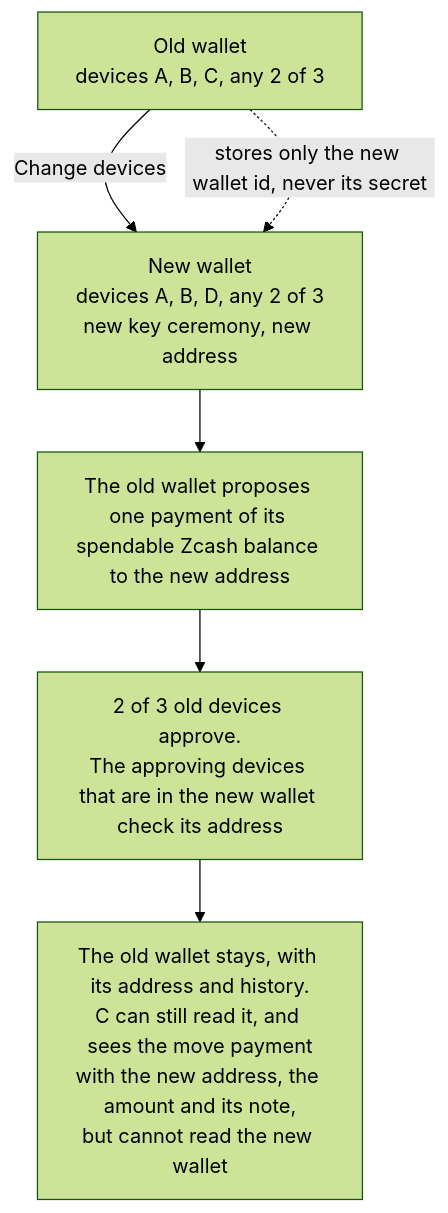
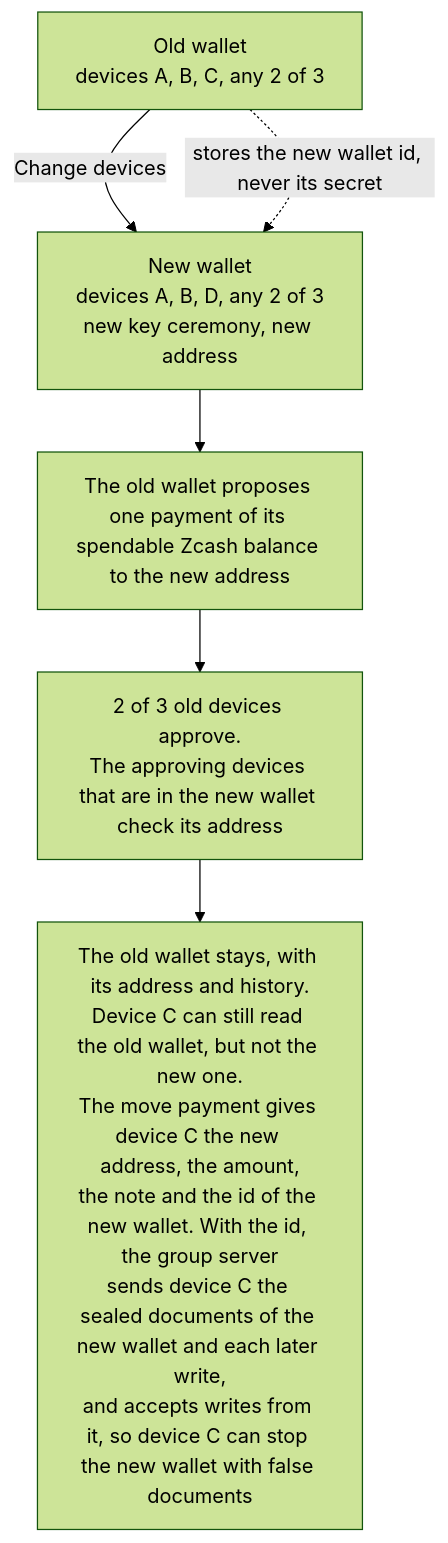
The fourth of 4 diagrams in README.md (devzigs/zigs), drawn with Mermaid (forest theme) before and after one commit. The commit also changed 7 other files, not shown here.

First line of the commit message:
Say what the id of a new wallet gives a device left out

````diff
--- a/README.md
+++ b/README.md
@@ -276,8 +276,8 @@
 ```mermaid
 flowchart TD
-  A["Old wallet<br/>devices A, B, C, any 2 of 3"] -->|Change devices| B["New wallet<br/>devices A, B, D, any 2 of 3<br/>new key ceremony, new address"]
-  A -.->|stores only the new wallet id, never its secret| B
-  B --> C["The old wallet proposes one payment of its spendable Zcash balance to the new address"]
-  C --> D["2 of 3 old devices approve.<br/>The approving devices that are in the new wallet check its address"]
-  D --> E["The old wallet stays, with its address and history.<br/>C can still read it, and sees the move payment<br/>with the new address, the amount and its note,<br/>but cannot read the new wallet"]
+  OLD["Old wallet<br/>devices A, B, C, any 2 of 3"] -->|Change devices| NEW["New wallet<br/>devices A, B, D, any 2 of 3<br/>new key ceremony, new address"]
+  OLD -.->|stores the new wallet id, never its secret| NEW
+  NEW --> PAY["The old wallet proposes one payment of its spendable Zcash balance to the new address"]
+  PAY --> OK["2 of 3 old devices approve.<br/>The approving devices that are in the new wallet check its address"]
+  OK --> STAY["The old wallet stays, with its address and history.<br/>Device C can still read the old wallet, but not the new one.<br/>The move payment gives device C the new address, the amount,<br/>the note and the id of the new wallet. With the id, the group server<br/>sends device C the sealed documents of the new wallet and each later write,<br/>and accepts writes from it, so device C can stop the new wallet with false documents"]
 ```
````
